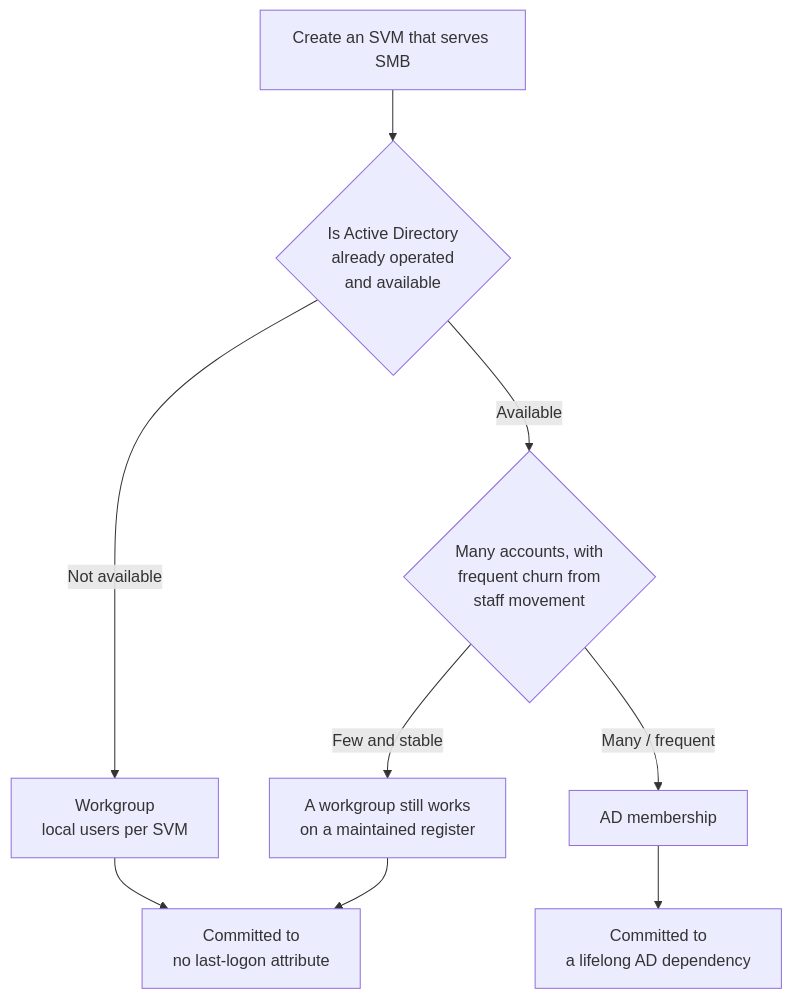
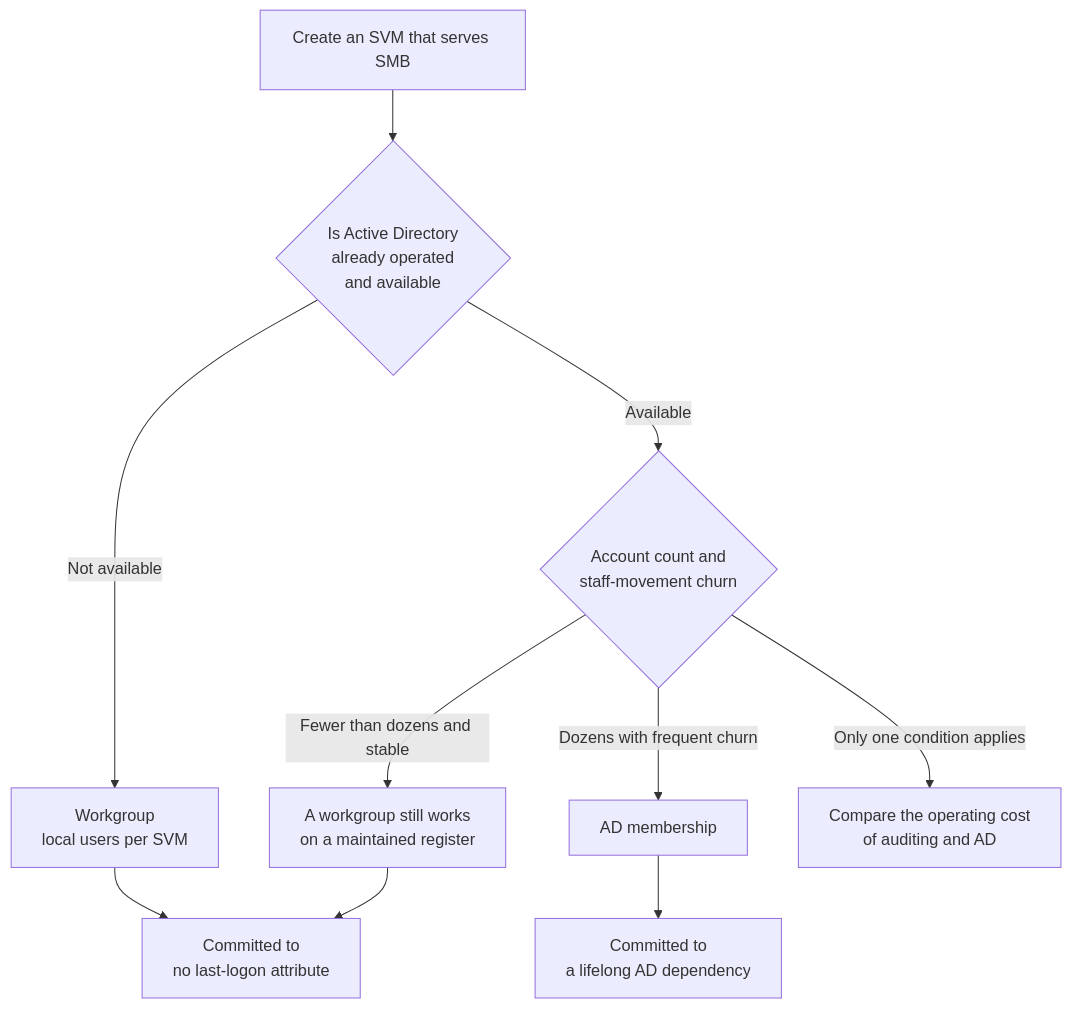
Before and after one commit to Yoshiki0705/FSx-for-ONTAP-Adoption-Playbook: the first of 2 diagrams in docs/en/reference/decision-trees/smb-identity-and-audit.md, drawn with Mermaid. The commit also changed other lines of this file and 257 other files, not shown here.

````diff
--- a/docs/en/reference/decision-trees/smb-identity-and-audit.md
+++ b/docs/en/reference/decision-trees/smb-identity-and-audit.md
@@ -42,11 +38,12 @@
 ```mermaid
 graph TD
     START[Create an SVM that serves SMB] --> Q1{"Is Active Directory<br/>already operated<br/>and available"}
     Q1 -->|Not available| WG[Workgroup<br/>local users per SVM]
-    Q1 -->|Available| Q2{"Many accounts, with<br/>frequent churn from<br/>staff movement"}
-    Q2 -->|Few and stable| WG2["A workgroup still works<br/>on a maintained register"]
-    Q2 -->|Many / frequent| AD[AD membership]
+    Q1 -->|Available| Q2{"Account count and<br/>staff-movement churn"}
+    Q2 -->|Fewer than dozens and stable| WG2["A workgroup still works<br/>on a maintained register"]
+    Q2 -->|Dozens with frequent churn| AD[AD membership]
+    Q2 -->|Only one condition applies| COMPARE["Compare the operating cost<br/>of auditing and AD"]
     WG --> C1["Committed to<br/>no last-logon attribute"]
     WG2 --> C1
     AD --> C2["Committed to<br/>a lifelong AD dependency"]
 ```
````
